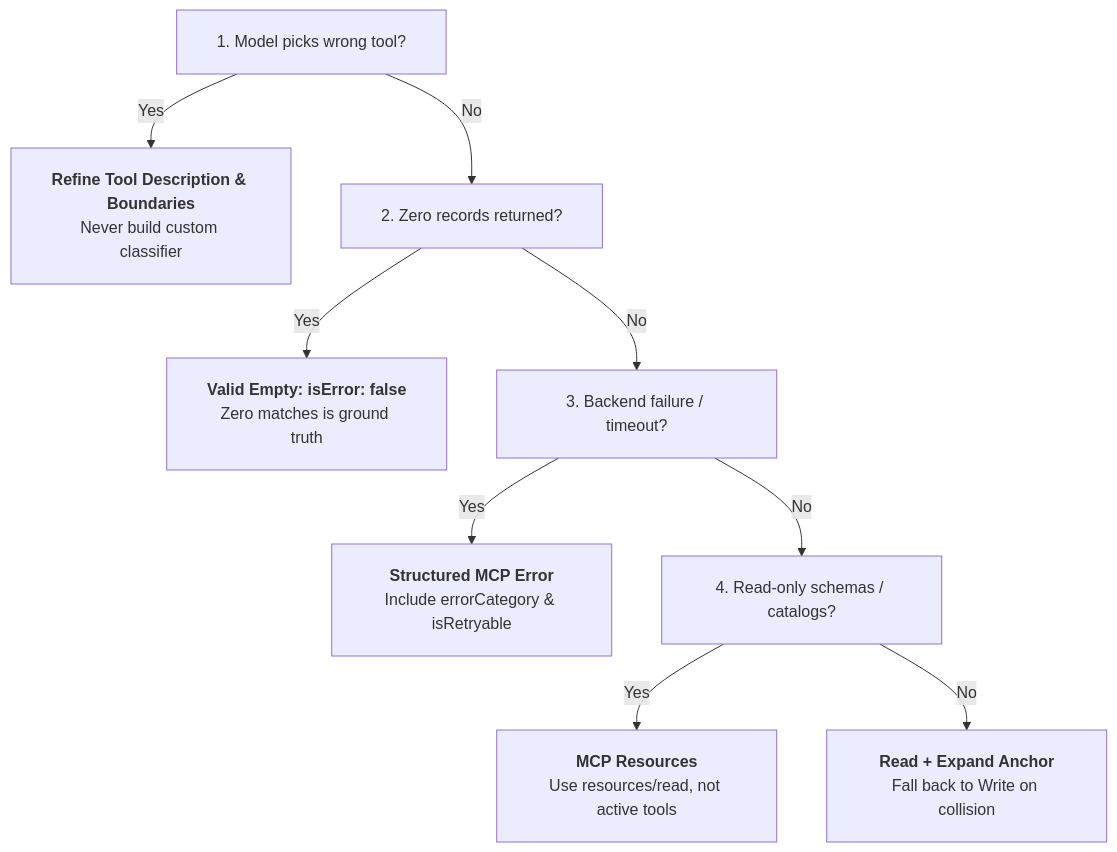
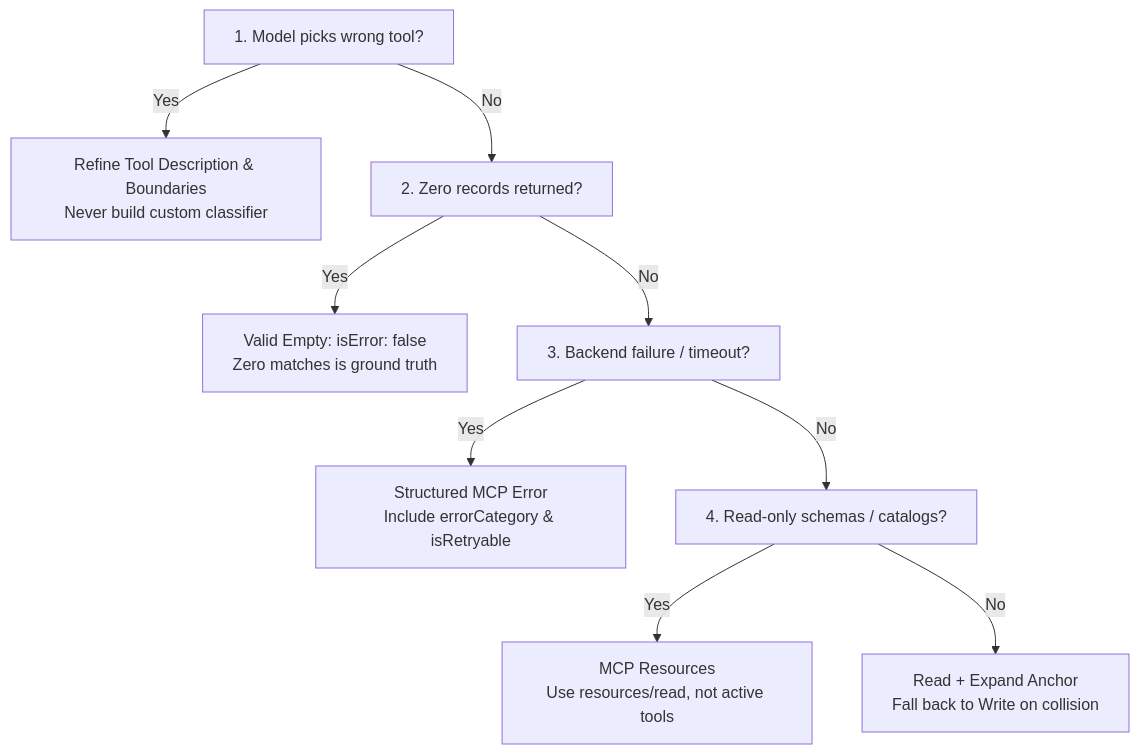
One commit to dip4k/claude_cert_architect_foundation_prep changed the diagram in domain2/README.md. Above: the diagram before and after it, drawn with Mermaid. The commit also changed 31 other files, not shown here.

First line of the commit message:
docs(diagrams): fix GitHub Mermaid rendering cut-off, wrappingWidth, and entity escapes across all 32 docs

````diff
--- a/domain2/README.md
+++ b/domain2/README.md
@@ -122,12 +122,12 @@
 ```mermaid
-%%{init: {"flowchart": {"htmlLabels": true, "padding": 20}}}%%
+%%{init: {"flowchart": {"htmlLabels": true, "wrappingWidth": 250}}}%%
 flowchart TD
-    Q1["1. Model picks wrong tool?"] -->|Yes| A1["<b>Refine Tool Description & Boundaries</b><br/>Never build custom classifier"]
+    Q1["1. Model picks wrong tool?"] -->|Yes| A1["Refine Tool Description & Boundaries<br/>Never build custom classifier"]
     Q1 -->|No| Q2["2. Zero records returned?"]
-    Q2 -->|Yes| A2["<b>Valid Empty: isError: false</b><br/>Zero matches is ground truth"]
+    Q2 -->|Yes| A2["Valid Empty: isError: false<br/>Zero matches is ground truth"]
     Q2 -->|No| Q3["3. Backend failure / timeout?"]
-    Q3 -->|Yes| A3["<b>Structured MCP Error</b><br/>Include errorCategory & isRetryable"]
+    Q3 -->|Yes| A3["Structured MCP Error<br/>Include errorCategory & isRetryable"]
     Q3 -->|No| Q4["4. Read-only schemas / catalogs?"]
-    Q4 -->|Yes| A4["<b>MCP Resources</b><br/>Use resources/read, not active tools"]
-    Q4 -->|No| A5["<b>Read + Expand Anchor</b><br/>Fall back to Write on collision"]
+    Q4 -->|Yes| A4["MCP Resources<br/>Use resources/read, not active tools"]
+    Q4 -->|No| A5["Read + Expand Anchor<br/>Fall back to Write on collision"]
 ```
````
